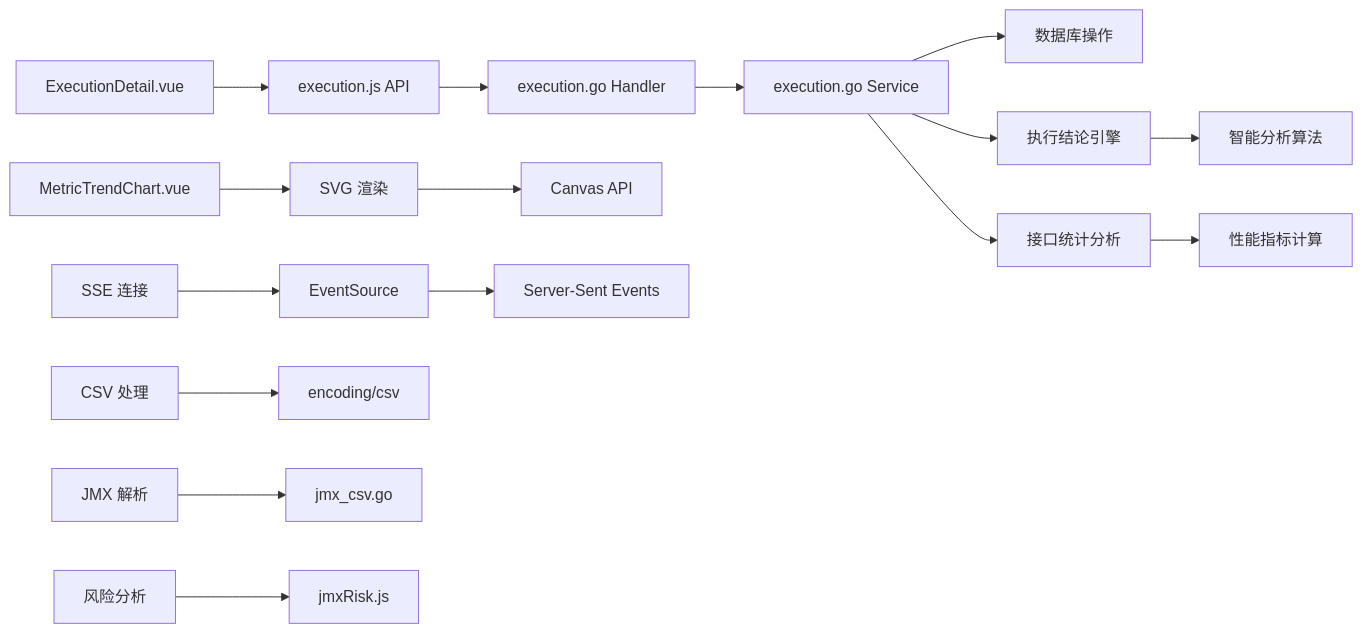
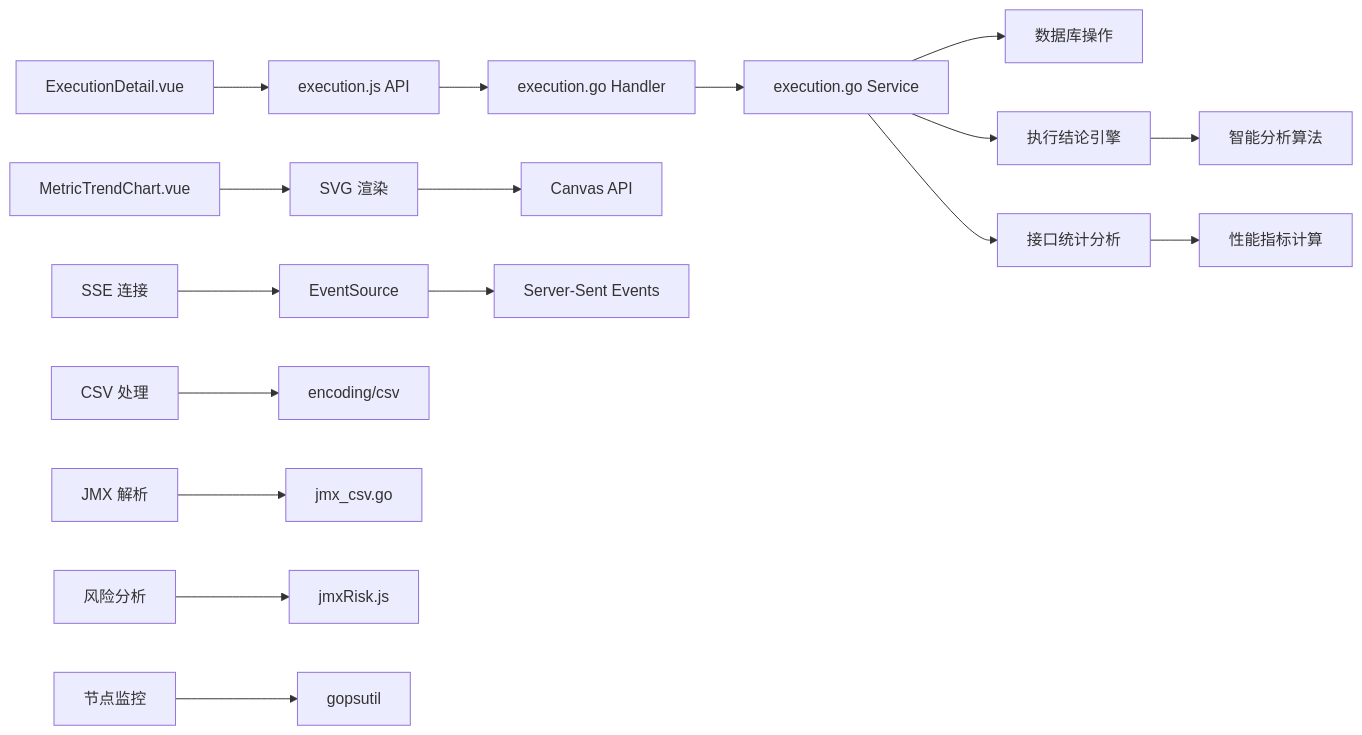
Diagram 28 of 29 in .qoder/repowiki/zh/content/Execution Detail View.md (Liyuhao02/Jmeter-Admin), drawn with Mermaid before and after one commit. The commit also changed other lines of this file and 16 other files, not shown here.

````diff
--- a/.qoder/repowiki/zh/content/Execution Detail View.md
+++ b/.qoder/repowiki/zh/content/Execution Detail View.md
@@ -820,18 +1030,19 @@
 ```mermaid
 flowchart LR
 A[ExecutionDetail.vue] --> B[execution.js API]
 B --> C[execution.go Handler]
 C --> D[execution.go Service]
 D --> E[数据库操作]
 D --> F[执行结论引擎]
 D --> G[接口统计分析]
 F --> H[智能分析算法]
 G --> I[性能指标计算]
 J[MetricTrendChart.vue] --> K[SVG 渲染]
 K --> L[Canvas API]
 M[SSE 连接] --> N[EventSource]
 N --> O[Server-Sent Events]
 P[CSV 处理] --> Q[encoding/csv]
 R[JMX 解析] --> S[jmx_csv.go]
 T[风险分析] --> U[jmxRisk.js]
+V[节点监控] --> W[gopsutil]
 ```
````
